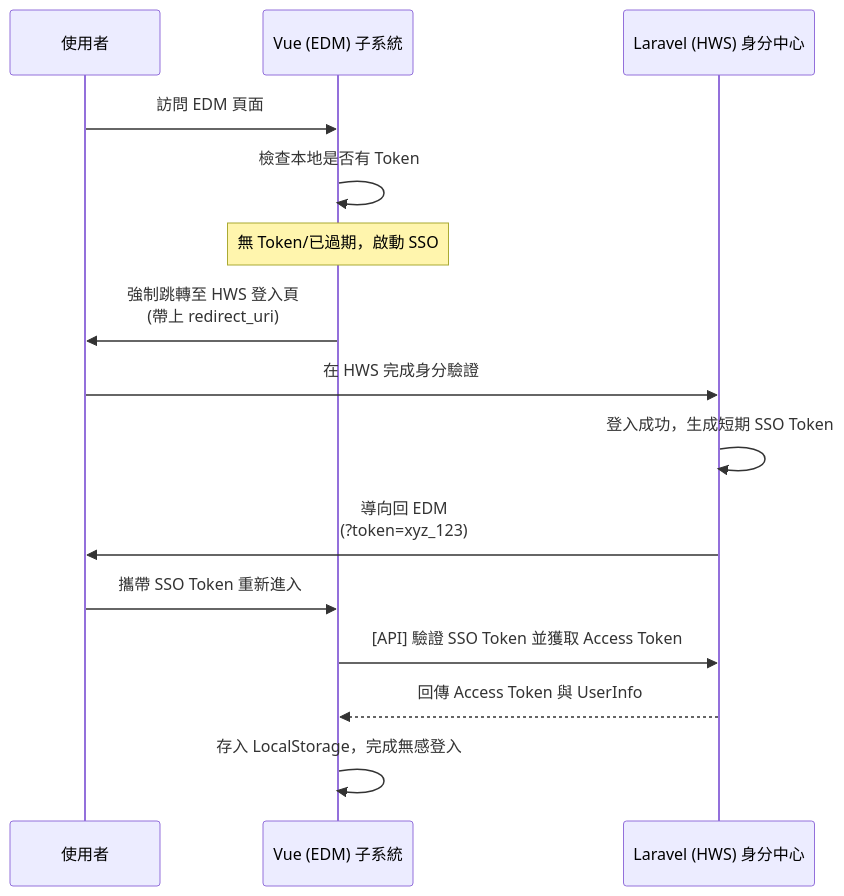
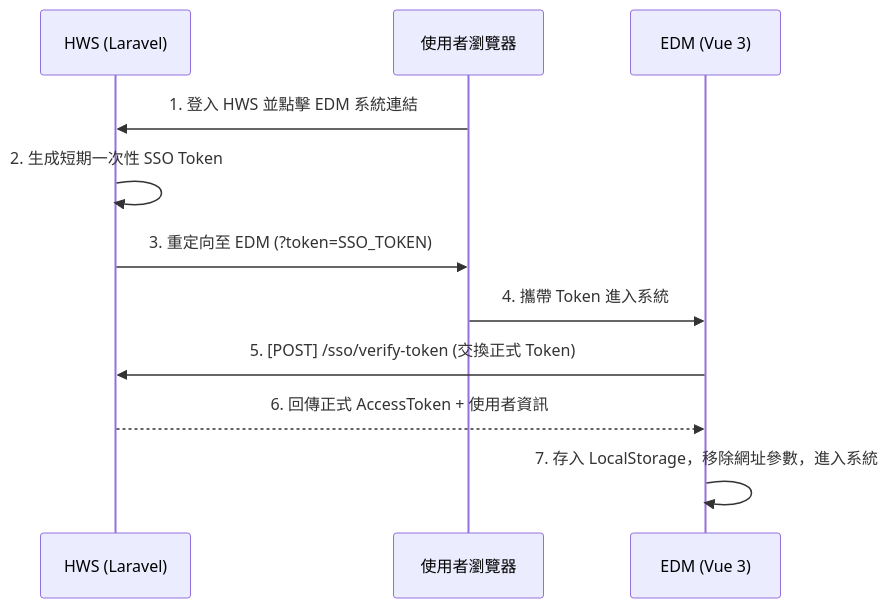
The diagram in docs/sso-integration-guide.md (jacky0996/ERM), drawn with Mermaid before and after one commit. The commit also changed other lines of this file and 26 other files, not shown here.

````diff
--- a/docs/sso-integration-guide.md
+++ b/docs/sso-integration-guide.md
@@ -11,18 +9,14 @@
 ```mermaid
 sequenceDiagram
-    participant User as 使用者
-    participant EDM as Vue (EDM) 子系統
-    participant HWS as Laravel (HWS) 身分中心
-
-    User->>EDM: 訪問 EDM 頁面
-    EDM->>EDM: 檢查本地是否有 Token
-    Note over EDM: 無 Token/已過期，啟動 SSO
-    EDM->>User: 強制跳轉至 HWS 登入頁<br/>(帶上 redirect_uri)
-    User->>HWS: 在 HWS 完成身分驗證
-    HWS->>HWS: 登入成功，生成短期 SSO Token
-    HWS->>User: 導向回 EDM<br/>(?token=xyz_123)
-    User->>EDM: 攜帶 SSO Token 重新進入
-    EDM->>HWS: [API] 驗證 SSO Token 並獲取 Access Token
-    HWS-->>EDM: 回傳 Access Token 與 UserInfo
-    EDM->>EDM: 存入 LocalStorage，完成無感登入
+    participant HWS as HWS (Laravel)
+    participant User as 使用者瀏覽器
+    participant EDM as EDM (Vue 3)
+    
+    User->>HWS: 1. 登入 HWS 並點擊 EDM 系統連結
+    HWS->>HWS: 2. 生成短期一次性 SSO Token
+    HWS->>User: 3. 重定向至 EDM (?token=SSO_TOKEN)
+    User->>EDM: 4. 攜帶 Token 進入系統
+    EDM->>HWS: 5. [POST] /sso/verify-token (交換正式 Token)
+    HWS-->>EDM: 6. 回傳正式 AccessToken + 使用者資訊
+    EDM->>EDM: 7. 存入 LocalStorage，移除網址參數，進入系統
 ```
````
